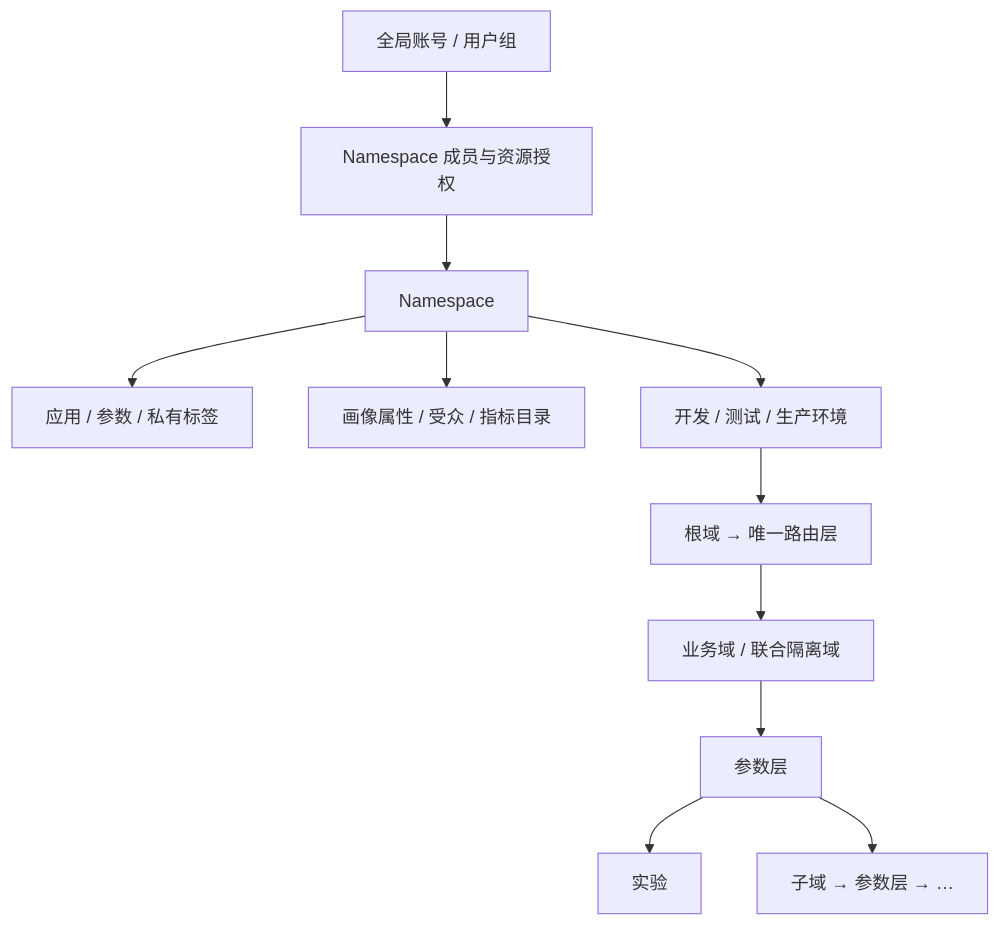
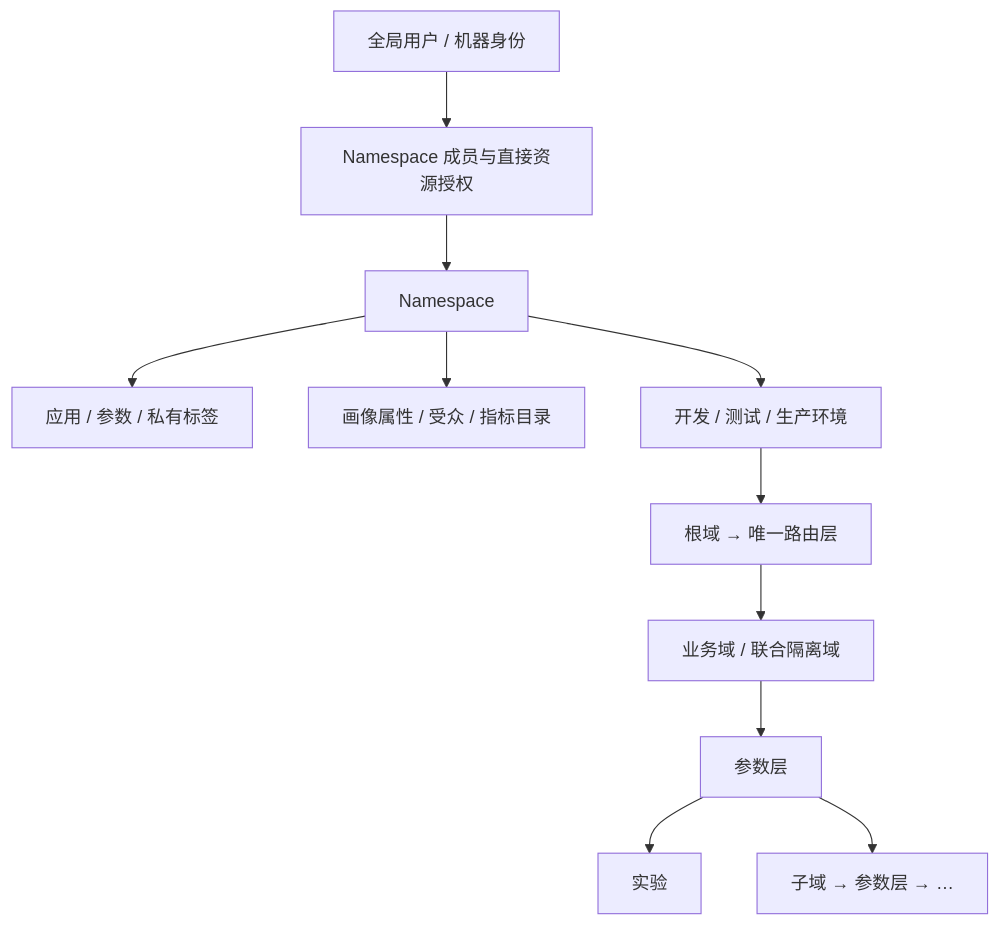
The first of 3 diagrams in docs/服务端技术方案/README.md (wangxwit/abtest), drawn with Mermaid before and after one commit. The commit also changed other lines of this file and 19 other files, not shown here.

````diff
--- a/docs/服务端技术方案/README.md
+++ b/docs/服务端技术方案/README.md
@@ -23,13 +25,13 @@
 ```mermaid
 flowchart TB
-    U[全局账号 / 用户组] --> M[Namespace 成员与资源授权]
+    U[全局用户 / 机器身份] --> M[Namespace 成员与直接资源授权]
     M --> N[Namespace]
     N --> C[应用 / 参数 / 私有标签]
     N --> A[画像属性 / 受众 / 指标目录]
     N --> E[开发 / 测试 / 生产环境]
     E --> R[根域 → 唯一路由层]
     R --> D[业务域 / 联合隔离域]
     D --> L[参数层]
     L --> X[实验]
     L --> S[子域 → 参数层 → …]
 ```
````
